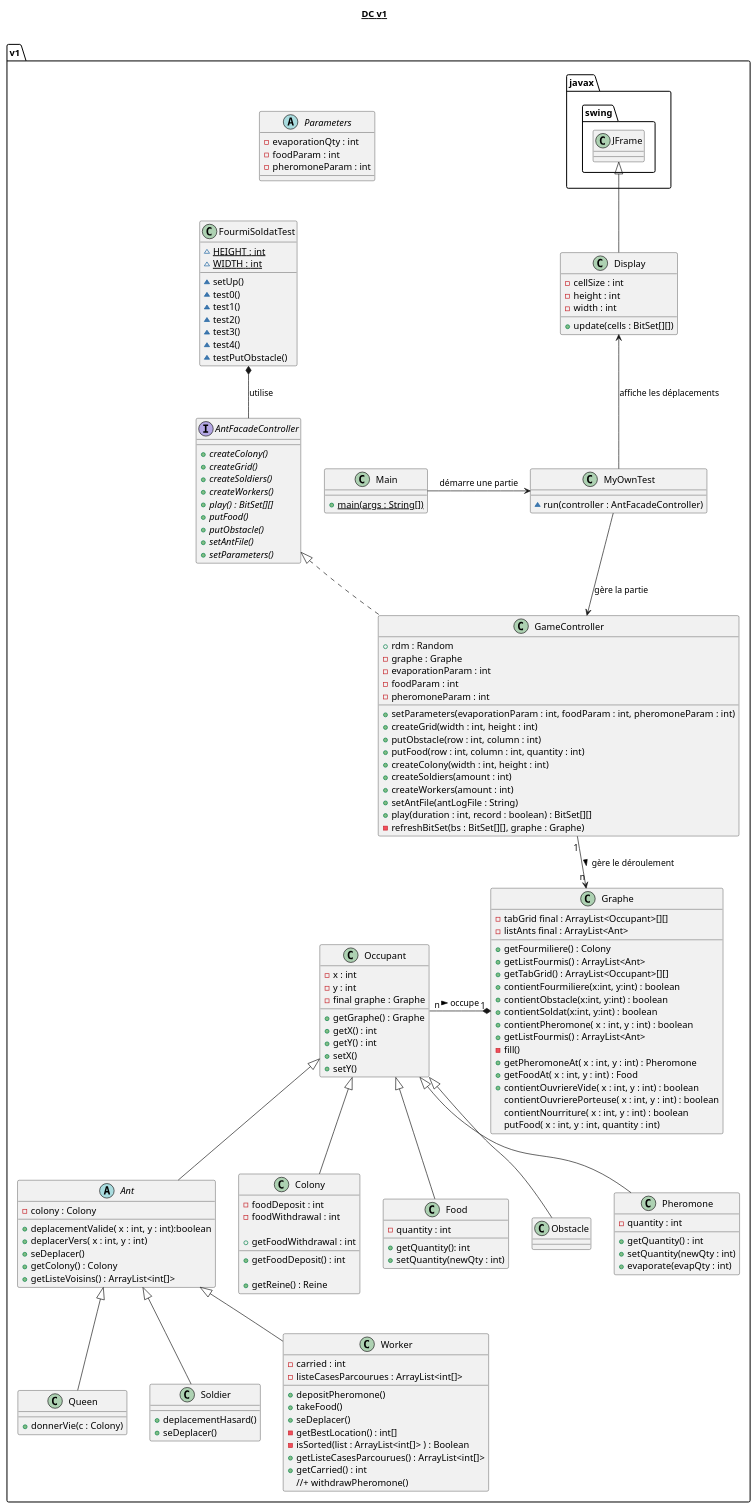
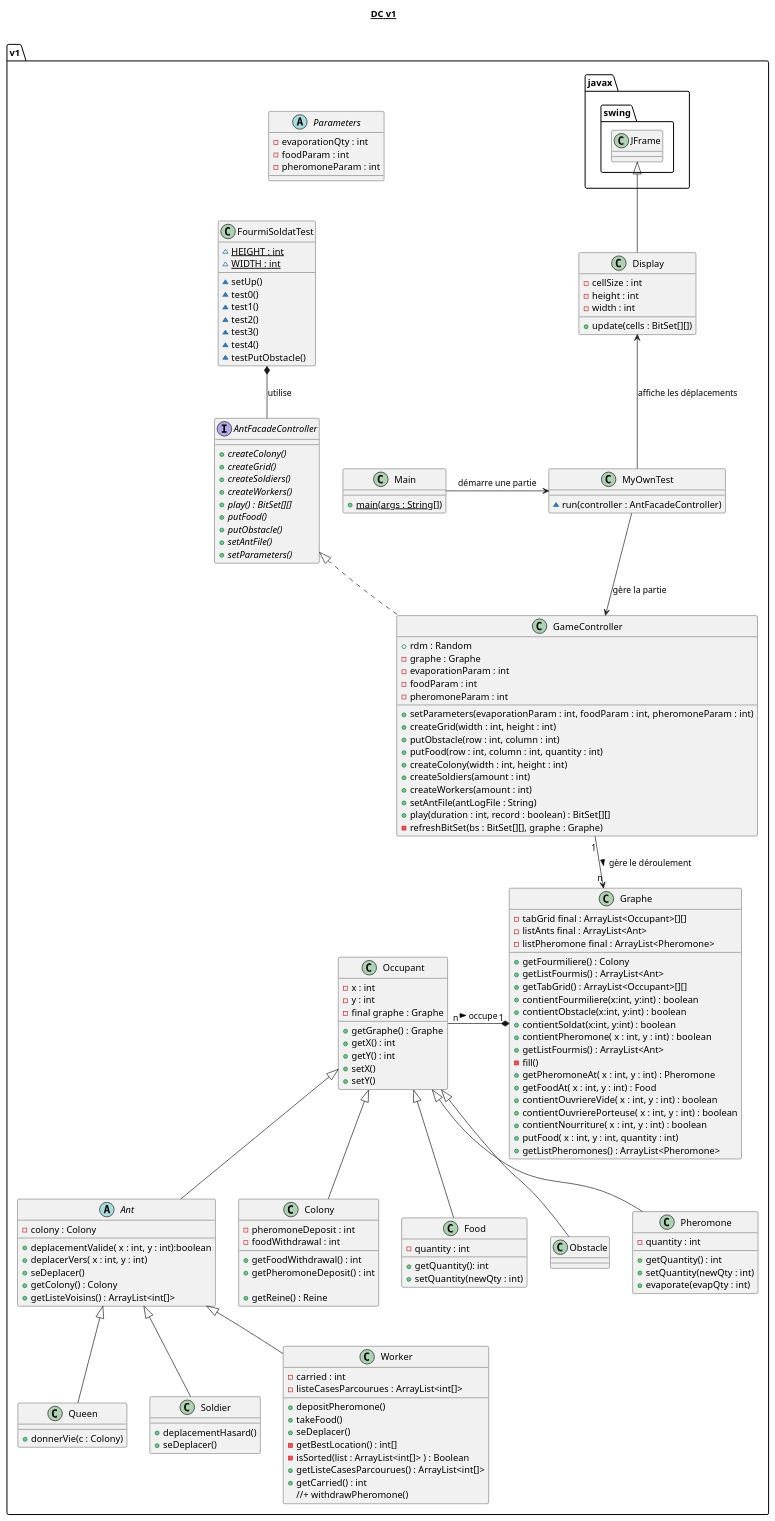
Before and after one commit to BaptisteWetterwald/dut-fourmis: the diagram in src/main/uml/DC_V2.puml, drawn with PlantUML.

Commit message:
v1.5.5 DC

```diff
--- a/src/main/uml/DC_V2.puml
+++ b/src/main/uml/DC_V2.puml
@@ -1,193 +1,195 @@
 @startuml
 
 title __DC v1__\n
 
 namespace v1 {
 
     abstract class Ant extends Occupant
     {
         - colony : Colony
 
         + deplacementValide( x : int, y : int):boolean
         + deplacerVers( x : int, y : int)
         + seDeplacer()
         + getColony() : Colony
         + getListeVoisins() : ArrayList<int[]>
 
     }
 
     interface AntFacadeController
     {
         {abstract} + createColony()
         {abstract} + createGrid()
         {abstract} + createSoldiers()
         {abstract} + createWorkers()
         {abstract} + play() : BitSet[][]
         {abstract} + putFood()
         {abstract} + putObstacle()
         {abstract} + setAntFile()
         {abstract} + setParameters()
     }
 
     class Colony extends Occupant
     {
-        - foodDeposit : int
+        - pheromoneDeposit : int
         - foodWithdrawal : int
 
-        + getFoodWithdrawal : int
-        + getFoodDeposit() : int
+        + getFoodWithdrawal() : int
+        + getPheromoneDeposit() : int
 
         + getReine() : Reine
     }
 
 
     class Display extends javax.swing.JFrame
     {
         - cellSize : int
         - height : int
         - width : int
 
         + update(cells : BitSet[][])
     }
 
     class Food extends Occupant
     {
         - quantity : int
 
         + getQuantity(): int
         + setQuantity(newQty : int)
     }
 
     class FourmiSoldatTest
     {
         {static} ~ HEIGHT : int
         {static} ~ WIDTH : int
         ~ setUp()
         ~ test0()
         ~ test1()
         ~ test2()
         ~ test3()
         ~ test4()
         ~ testPutObstacle()
     }
 
     class GameController implements AntFacadeController
     {
         + rdm : Random
         - graphe : Graphe
         - evaporationParam : int
         - foodParam : int
         - pheromoneParam : int
 
         + setParameters(evaporationParam : int, foodParam : int, pheromoneParam : int)
         + createGrid(width : int, height : int)
         + putObstacle(row : int, column : int)
         + putFood(row : int, column : int, quantity : int)
         + createColony(width : int, height : int)
         + createSoldiers(amount : int)
         + createWorkers(amount : int)
         + setAntFile(antLogFile : String)
         + play(duration : int, record : boolean) : BitSet[][]
         - refreshBitSet(bs : BitSet[][], graphe : Graphe)
     }
 
     class Graphe
     {
         - tabGrid final : ArrayList<Occupant>[][]
         - listAnts final : ArrayList<Ant>
+        - listPheromone final : ArrayList<Pheromone>
 
         + getFourmiliere() : Colony
         + getListFourmis() : ArrayList<Ant>
         + getTabGrid() : ArrayList<Occupant>[][]
         + contientFourmiliere(x:int, y:int) : boolean
         + contientObstacle(x:int, y:int) : boolean
         + contientSoldat(x:int, y:int) : boolean
         + contientPheromone( x : int, y : int) : boolean
         + getListFourmis() : ArrayList<Ant>
         - fill()
         + getPheromoneAt( x : int, y : int) : Pheromone
         + getFoodAt( x : int, y : int) : Food
         + contientOuvriereVide( x : int, y : int) : boolean
-        contientOuvrierePorteuse( x : int, y : int) : boolean
-        contientNourriture( x : int, y : int) : boolean
-        putFood( x : int, y : int, quantity : int)
+        + contientOuvrierePorteuse( x : int, y : int) : boolean
+        + contientNourriture( x : int, y : int) : boolean
+        + putFood( x : int, y : int, quantity : int)
+        + getListPheromones() : ArrayList<Pheromone>
     }
 
     class Main
     {
         {static} + main(args : String[])
     }
 
     class MyOwnTest
     {
         ~ run(controller : AntFacadeController)
     }
 
     class Obstacle extends Occupant
     {
 
     }
 
     class Occupant
     {
         - x : int
         - y : int
         - final graphe : Graphe
 
         + getGraphe() : Graphe
         + getX() : int
         + getY() : int
         + setX()
         + setY()
     }
 
     class Pheromone extends Occupant
     {
         - quantity : int
 
         + getQuantity() : int
         + setQuantity(newQty : int)
         + evaporate(evapQty : int)
 
     }
     class Queen extends Ant
     {
         + donnerVie(c : Colony)
     }
 
     class Soldier extends Ant
     {
         + deplacementHasard()
         + seDeplacer()
     }
 
     class Worker extends Ant
     {
         - carried : int
         - listeCasesParcourues : ArrayList<int[]>
 
         + depositPheromone()
         + takeFood()
         + seDeplacer()
         - getBestLocation() : int[]
         - isSorted(list : ArrayList<int[]> ) : Boolean
         + getListeCasesParcourues() : ArrayList<int[]>
         + getCarried() : int
         //+ withdrawPheromone()
    }
 
     abstract class Parameters
     {
         - evaporationQty : int
         - foodParam : int
         - pheromoneParam : int
     }
 
     Main -> MyOwnTest : démarre une partie
     MyOwnTest -up-> Display : affiche les déplacements
     MyOwnTest --> GameController : gère la partie
     FourmiSoldatTest *-- AntFacadeController : utilise
     GameController "1" --> "n" Graphe : gère le déroulement >
     Occupant "n" -* "1" Graphe : occupe >
 }
 @enduml
```
